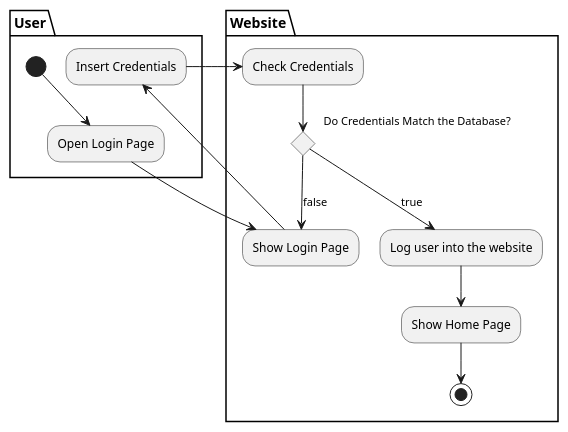
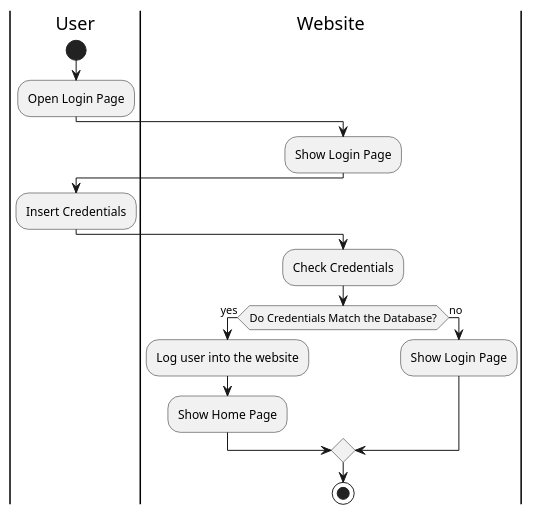
The diagram in Design/BHFMS_Activity/Login.puml (AntWort21/BHFMS), drawn with PlantUML before and after one commit. The commit also changed 4 other files, not shown here.

Commit message:
fixed activity diagram to new format

```diff
--- a/Design/BHFMS_Activity/Login.puml
+++ b/Design/BHFMS_Activity/Login.puml
@@ -1,28 +1,24 @@
 @startuml
+|User|
+start
+:Open Login Page;
 
-partition User {
-    (*) --> "Open Login Page"
-}
+|Website|
+:Show Login Page;
 
-partition Website {
-    "Open Login Page" --> "Show Login Page"    
-}
+|User|
+:Insert Credentials;
 
-partition User {
-    "Show Login Page" --> "Insert Credentials"
-}
+|Website|
+:Check Credentials;
 
-partition Website {
-    "Insert Credentials" --> "Check Credentials"
-    
-    "Check Credentials" --> if "Do Credentials Match the Database?" then 
-    --> [true] "Log user into the website" 
-    else 
-    --> [false] "Show Login Page"
-    
-    "Log user into the website" --> "Show Home Page"
-    
-    "Show Home Page" --> (*)
-}
+if (Do Credentials Match the Database?) then (yes) 
+         :Log user into the website;
+         :Show Home Page;
+         
+else (no) 
+         :Show Login Page; 
+endif
 
+stop
 @enduml
```
